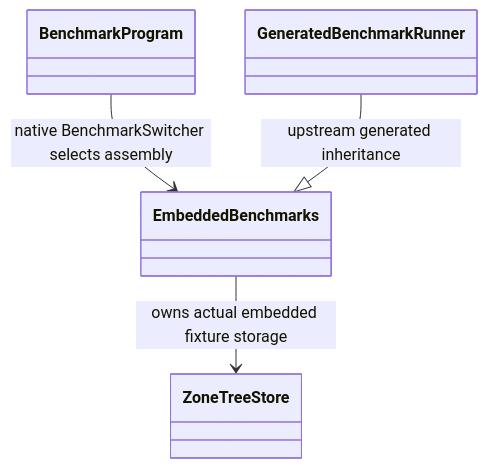
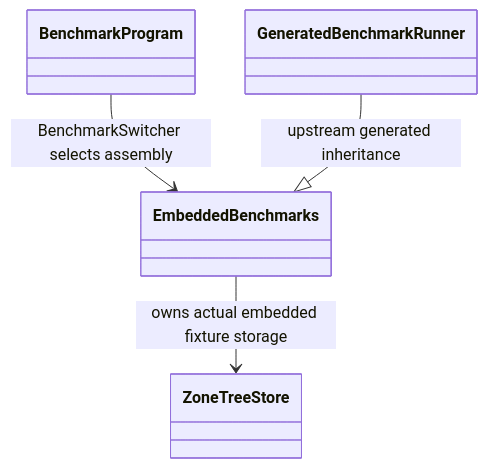
Diagram 27 of 30 in docs/Architecture.md (managedcode/KeyLoad), drawn with Mermaid before and after one commit. The commit also changed other lines of this file and 9016 other files, not shown here.

````diff
--- a/docs/Architecture.md
+++ b/docs/Architecture.md
@@ -757,10 +766,10 @@
 ```mermaid
 classDiagram
     class BenchmarkProgram
     class EmbeddedBenchmarks
     class GeneratedBenchmarkRunner
     class ZoneTreeStore
-    BenchmarkProgram --> EmbeddedBenchmarks : native BenchmarkSwitcher selects assembly
+    BenchmarkProgram --> EmbeddedBenchmarks : BenchmarkSwitcher selects assembly
     GeneratedBenchmarkRunner --|> EmbeddedBenchmarks : upstream generated inheritance
     EmbeddedBenchmarks --> ZoneTreeStore : owns actual embedded fixture storage
 ```
````
